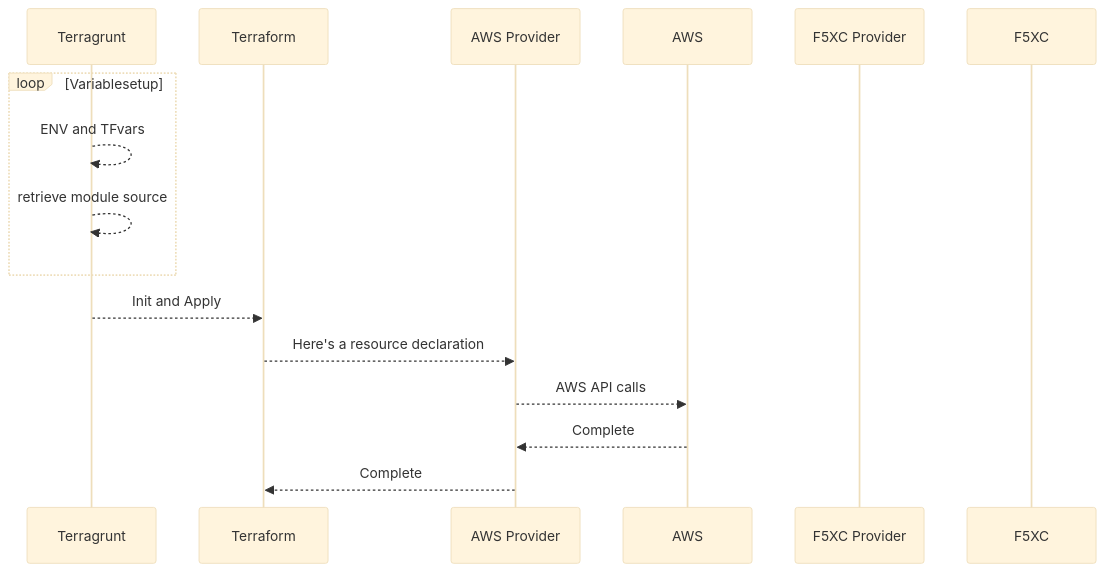
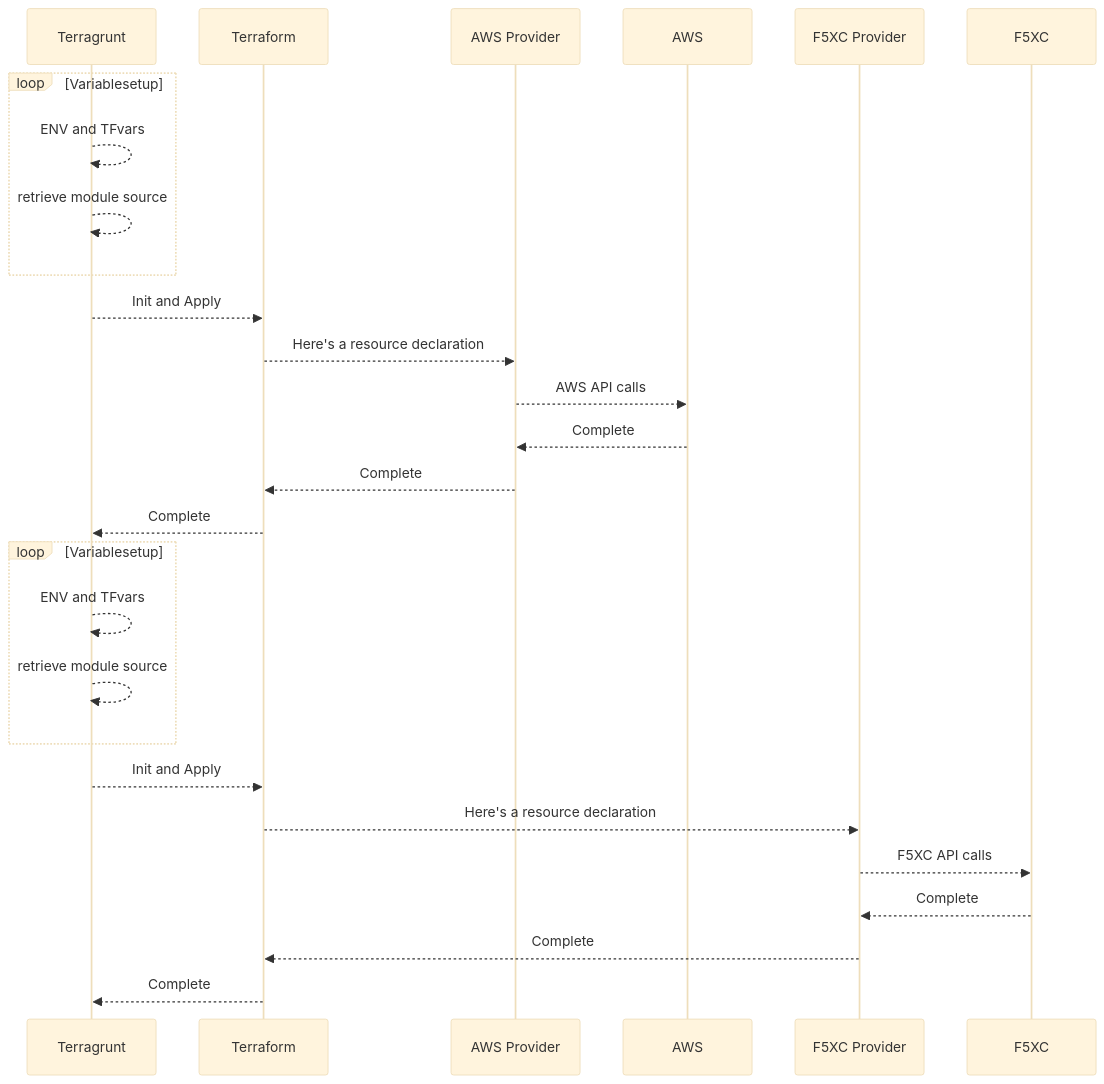
One commit to f5devcentral/terraform-modular-demo-framework changed the first of 2 diagrams in README.md. Above: the diagram before and after it, drawn with Mermaid (base theme).

Commit message:
more mermaid

````diff
--- a/README.md
+++ b/README.md
@@ -17,20 +17,30 @@
 ```mermaid
 sequenceDiagram
   participant Terragrunt
   participant Terraform
   participant AWS Provider
   participant AWS
   participant F5XC Provider
   participant F5XC
   loop Variablesetup
     Terragrunt-->>Terragrunt: ENV and TFvars
     Terragrunt-->>Terragrunt: retrieve module source
   end
   Terragrunt-->>Terraform: Init and Apply
   Terraform-->>AWS Provider: Here's a resource declaration
   AWS Provider-->>AWS: AWS API calls
   AWS-->>AWS Provider: Complete
   AWS Provider-->>Terraform: Complete
-
+  Terraform-->>Terragrunt: Complete
+  loop Variablesetup
+    Terragrunt-->>Terragrunt: ENV and TFvars
+    Terragrunt-->>Terragrunt: retrieve module source
+  end
+  Terragrunt-->>Terraform: Init and Apply
+  Terraform-->>F5XC Provider: Here's a resource declaration
+  F5XC Provider-->>F5XC: F5XC API calls
+  F5XC-->>F5XC Provider: Complete
+  F5XC Provider-->>Terraform: Complete
+  Terraform-->>Terragrunt: Complete
 
 ```
````
